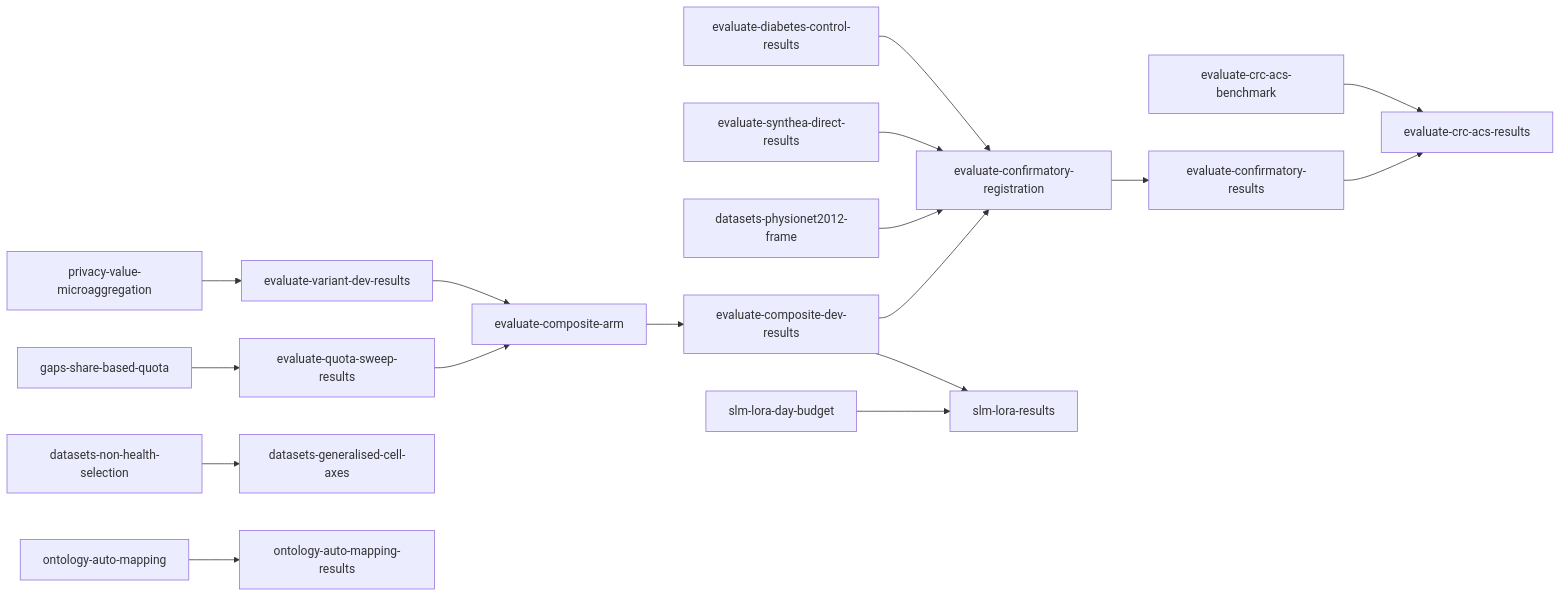
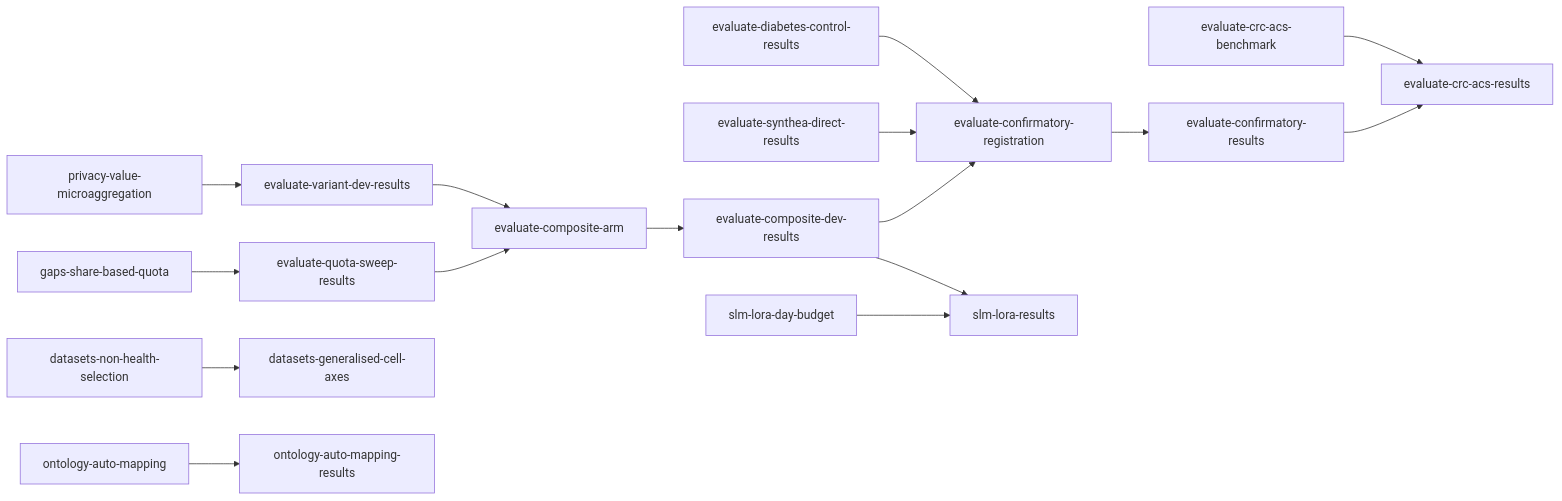
Before and after one commit to joe-dartmouth/synthetic: the diagram in tasks/direct-index.md, drawn with Mermaid. The commit also changed other lines of this file and 30 other files, not shown here.

````diff
--- a/tasks/direct-index.md
+++ b/tasks/direct-index.md
@@ -63,19 +62,18 @@
 ```mermaid
 flowchart LR
     u16[privacy-value-microaggregation] --> u19[evaluate-variant-dev-results]
     u20[gaps-share-based-quota] --> u21[evaluate-quota-sweep-results]
     u49[datasets-non-health-selection] --> u50[datasets-generalised-cell-axes]
     u19 --> u28[evaluate-composite-arm]
     u21 --> u28
     u28 --> u29[evaluate-composite-dev-results]
     u7[evaluate-diabetes-control-results] --> u30[evaluate-confirmatory-registration]
     u8[evaluate-synthea-direct-results] --> u30
-    u47[datasets-physionet2012-frame] --> u30
     u29 --> u30
     u30 --> u31[evaluate-confirmatory-results]
     u41[evaluate-crc-acs-benchmark] --> u42[evaluate-crc-acs-results]
     u31 --> u42
     u32[ontology-auto-mapping] --> u33[ontology-auto-mapping-results]
     u29 --> u36[slm-lora-results]
     u51[slm-lora-day-budget] --> u36
 ```
````
